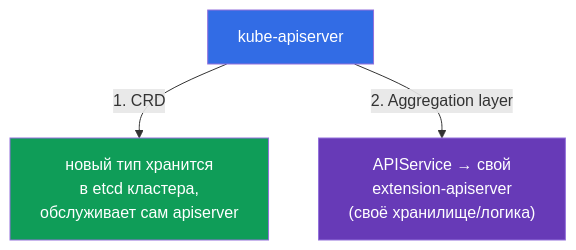
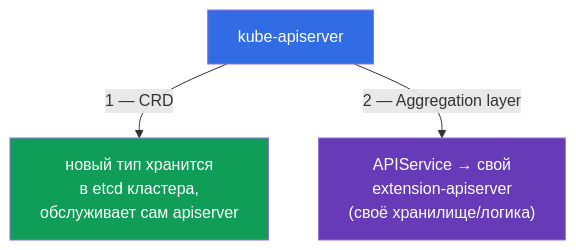
The seventh of 7 diagrams in tasks/cka/course/41/ru.md (ViktorUJ/cks), drawn with Mermaid before and after one commit. The commit also changed other lines of this file and 30 other files, not shown here.

````diff
--- a/tasks/cka/course/41/ru.md
+++ b/tasks/cka/course/41/ru.md
@@ -188,9 +189,9 @@
 ```mermaid
 flowchart TB
     api["kube-apiserver"]
-    api -->|"1. CRD"| crd["новый тип хранится<br>в etcd кластера,<br>обслуживает сам apiserver"]
-    api -->|"2. Aggregation layer"| agg["APIService → свой<br>extension-apiserver<br>(своё хранилище/логика)"]
+    api -->|"1 — CRD"| crd["новый тип хранится<br>в etcd кластера,<br>обслуживает сам apiserver"]
+    api -->|"2 — Aggregation layer"| agg["APIService → свой<br>extension-apiserver<br>(своё хранилище/логика)"]
     style api fill:#326ce5,color:#fff
     style crd fill:#0f9d58,color:#fff
     style agg fill:#673ab7,color:#fff
 ```
````
